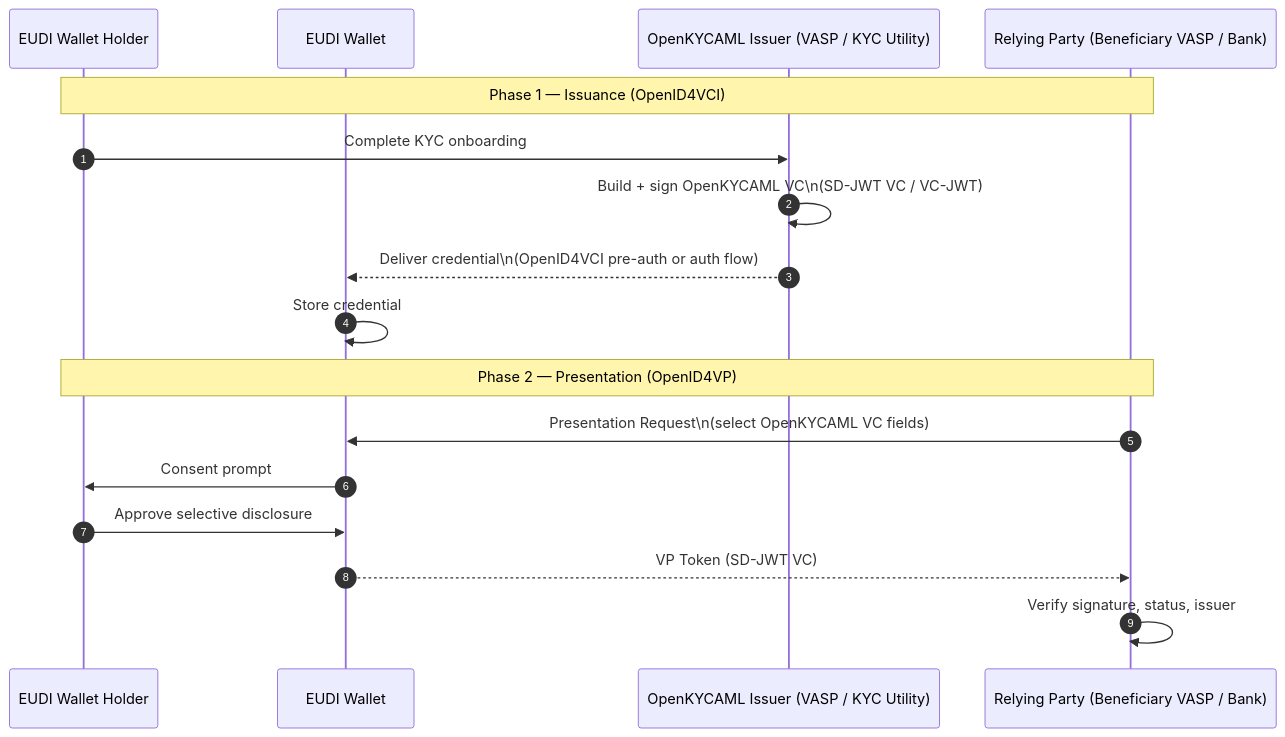
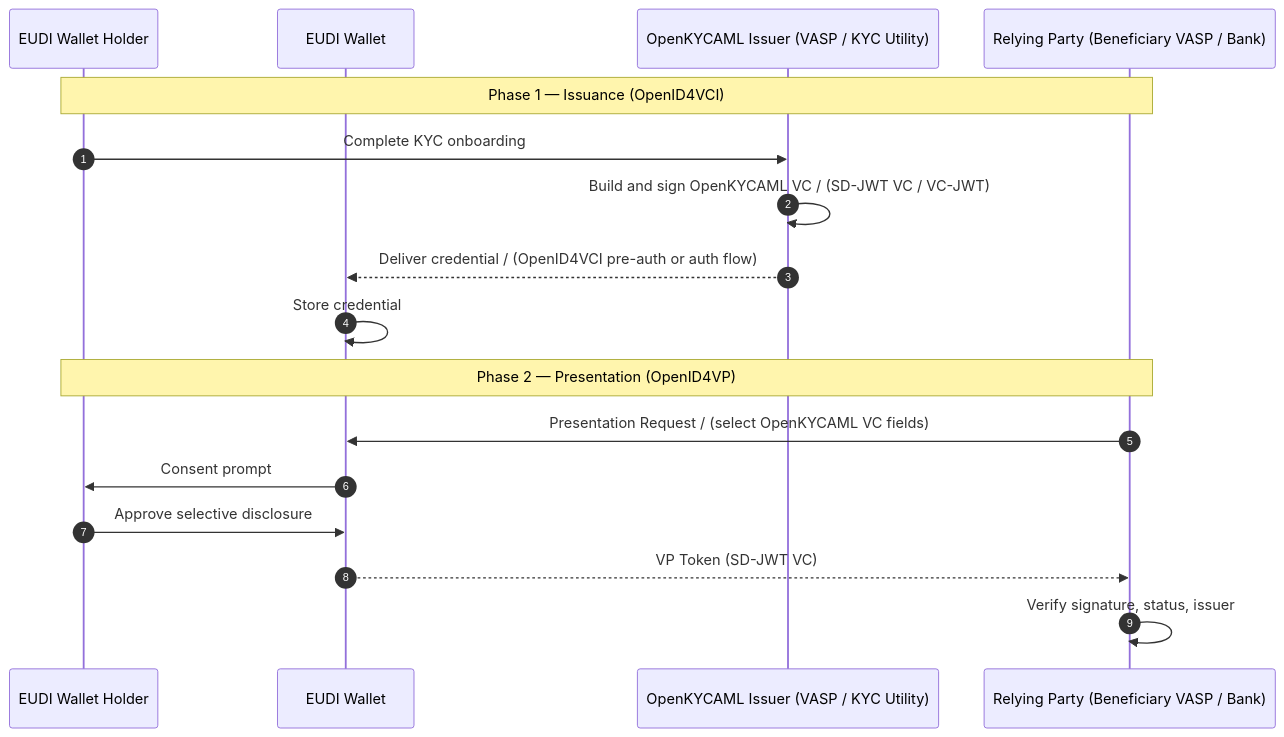
One commit to Lazy-Jack-Ltd/OpenKYCAML changed the first of 8 diagrams in docs/diagrams/eidas-sequence-diagrams.md. Above: the diagram before and after it, drawn with Mermaid. The commit also changed other lines of this file and 2 other files, not shown here.

Commit message:
feat: update sequence diagrams for eIDAS and Travel Rule — improve clarity and consistency in Mermaid syntax

````diff
--- a/docs/diagrams/eidas-sequence-diagrams.md
+++ b/docs/diagrams/eidas-sequence-diagrams.md
@@ -24,21 +24,21 @@
 ```mermaid
 sequenceDiagram
     autonumber
     participant Holder as EUDI Wallet Holder
     participant Wallet as EUDI Wallet
     participant Issuer as OpenKYCAML Issuer (VASP / KYC Utility)
     participant Verifier as Relying Party (Beneficiary VASP / Bank)
 
     Note over Holder,Verifier: Phase 1 — Issuance (OpenID4VCI)
     Holder->>Issuer: Complete KYC onboarding
-    Issuer->>Issuer: Build + sign OpenKYCAML VC\n(SD-JWT VC / VC-JWT)
-    Issuer-->>Wallet: Deliver credential\n(OpenID4VCI pre-auth or auth flow)
+    Issuer->>Issuer: Build and sign OpenKYCAML VC / (SD-JWT VC / VC-JWT)
+    Issuer-->>Wallet: Deliver credential / (OpenID4VCI pre-auth or auth flow)
     Wallet->>Wallet: Store credential
 
     Note over Holder,Verifier: Phase 2 — Presentation (OpenID4VP)
-    Verifier->>Wallet: Presentation Request\n(select OpenKYCAML VC fields)
+    Verifier->>Wallet: Presentation Request / (select OpenKYCAML VC fields)
     Wallet->>Holder: Consent prompt
     Holder->>Wallet: Approve selective disclosure
     Wallet-->>Verifier: VP Token (SD-JWT VC)
     Verifier->>Verifier: Verify signature, status, issuer
 ```
````
